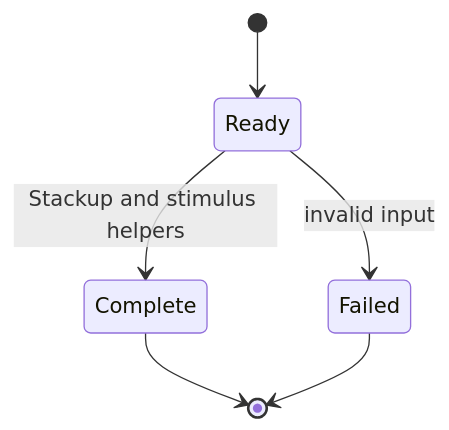
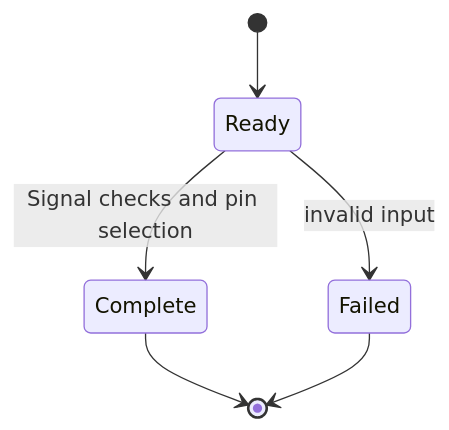
One commit to ShiboSoftwareDev/signal-integrity-pipeline changed the second of 2 diagrams in README.md. Above: the diagram before and after it, drawn with Mermaid. The commit also changed other lines of this file and 29 other files, not shown here.

````diff
--- a/README.md
+++ b/README.md
@@ -16,8 +17,8 @@
 ```mermaid
 stateDiagram-v2
   [*] --> Ready
-  Ready --> Complete: Stackup and stimulus helpers
+  Ready --> Complete: Signal checks and pin selection
   Ready --> Failed: invalid input
   Complete --> [*]
   Failed --> [*]
 ```
````
